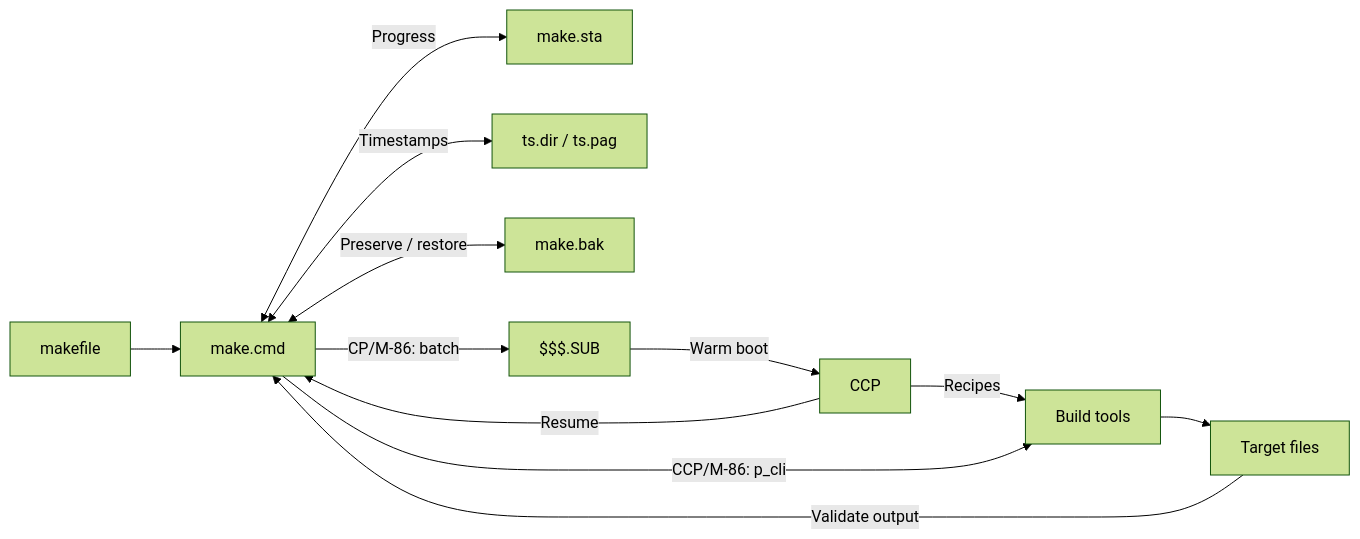
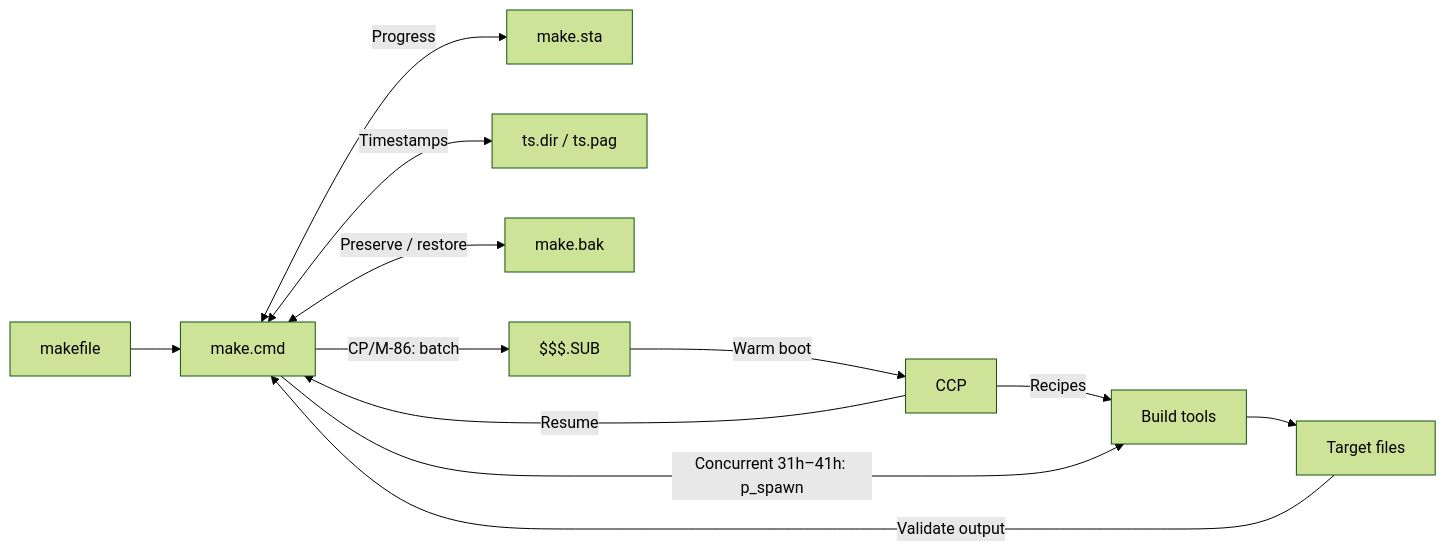
Before and after one commit to tsupplis/cpm86-make: the first of 3 diagrams in README.md, drawn with Mermaid (forest theme). The commit also changed other lines of this file and 6 other files, not shown here.

````diff
--- a/README.md
+++ b/README.md
@@ -167,14 +167,14 @@
 ```mermaid
 flowchart LR
     MF[makefile] --> MK[make.cmd]
     MK <-->|Progress| STA[make.sta]
     MK <-->|Timestamps| DB[ts.dir / ts.pag]
     MK <-->|Preserve / restore| BAK[make.bak]
     MK -->|CP/M-86: batch| SUB[$$$.SUB]
     SUB -->|Warm boot| CCP[CCP]
     CCP -->|Recipes| TOOLS[Build tools]
     CCP -->|Resume| MK
-    MK -->|CCP/M-86: p_cli| TOOLS
+    MK -->|Concurrent 31h–41h: p_spawn| TOOLS
     TOOLS --> TGT[Target files]
     TGT -->|Validate output| MK
 ```
````
